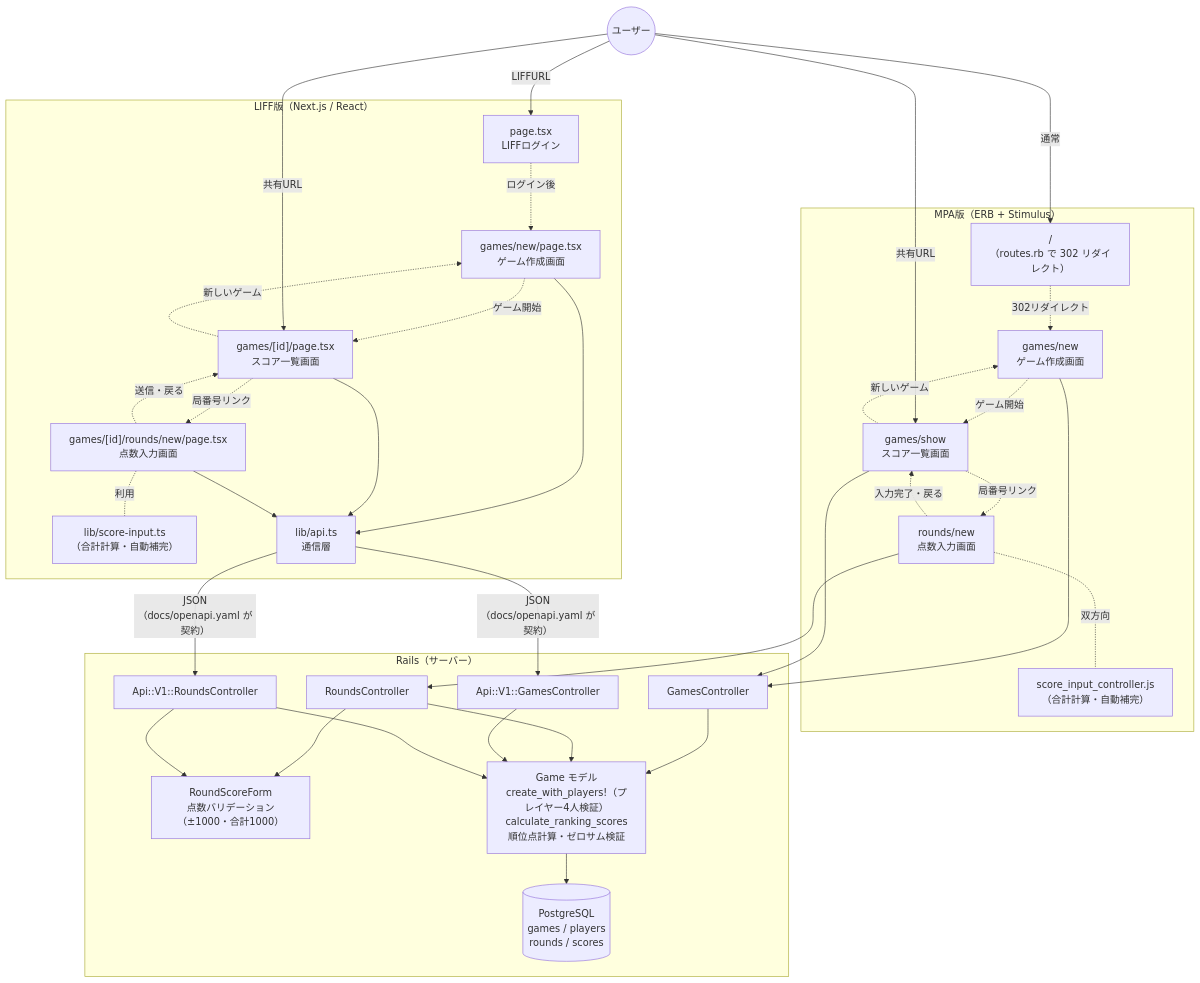
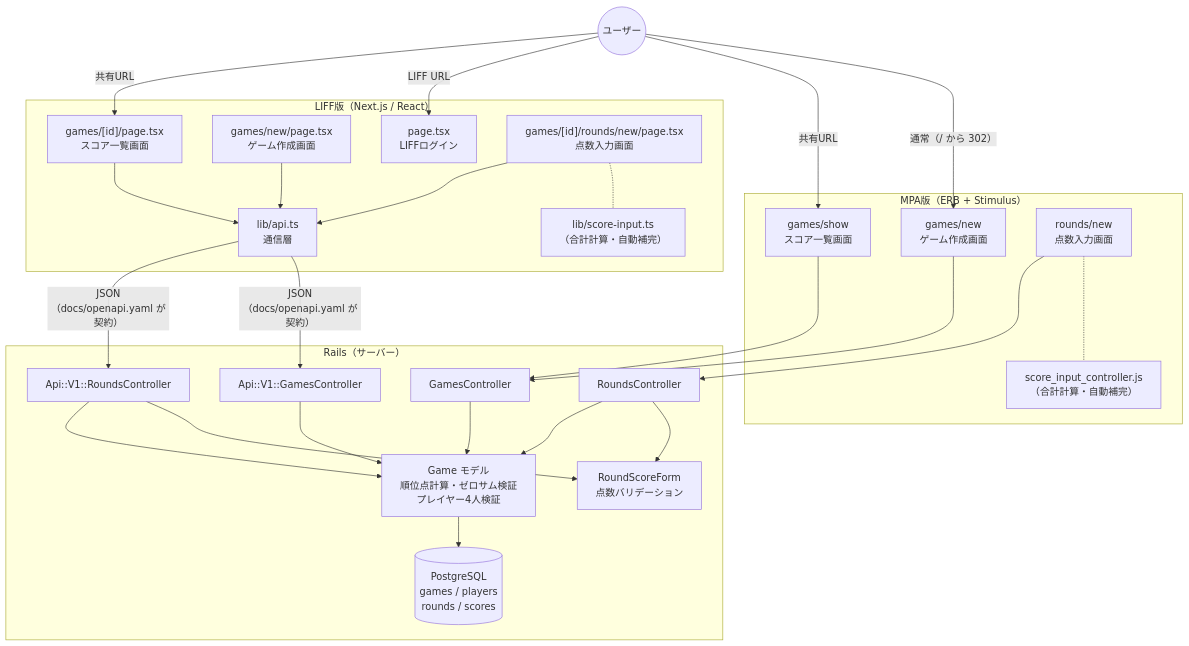
Before and after one commit to tsukamotohiroaki/mahjong_score: the first of 2 diagrams in docs/architecture.md, drawn with Mermaid.

Commit message:
docs: 全体構成図から画面遷移の矢印を外し、箱と依存だけにする
構成図と画面遷移図が混在して読みづらかったため、遷移矢印と / のリダイレクト箱を削除。
ラベルも要点だけに短縮する。

Claude-Session: https://claude.ai/code/session_01B4Qg8F4NK367M46WPnzeuM

````diff
--- a/docs/architecture.md
+++ b/docs/architecture.md
@@ -16,57 +16,46 @@
 ```mermaid
 flowchart TB
     user(("ユーザー"))
 
     subgraph MPA["MPA版（ERB + Stimulus）"]
-        root["/<br>（routes.rb で 302 リダイレクト）"]
         gnew["games/new<br>ゲーム作成画面"]
         gshow["games/show<br>スコア一覧画面"]
         rnew["rounds/new<br>点数入力画面"]
         stim["score_input_controller.js<br>（合計計算・自動補完）"]
-        rnew -.双方向.- stim
-        root -.302リダイレクト.-> gnew
-        gnew -.ゲーム開始.-> gshow
-        gshow -.局番号リンク.-> rnew
-        rnew -.入力完了・戻る.-> gshow
-        gshow -.新しいゲーム.-> gnew
+        rnew -.- stim
     end
 
     subgraph LIFF["LIFF版（Next.js / React）"]
         lpage["page.tsx<br>LIFFログイン"]
         lnew["games/new/page.tsx<br>ゲーム作成画面"]
         lshow["games/[id]/page.tsx<br>スコア一覧画面"]
         lrnew["games/[id]/rounds/new/page.tsx<br>点数入力画面"]
         sinput["lib/score-input.ts<br>（合計計算・自動補完）"]
         apits["lib/api.ts<br>通信層"]
-        lrnew -.利用.- sinput
-        lpage -.ログイン後.-> lnew
-        lnew -.ゲーム開始.-> lshow
-        lshow -.局番号リンク.-> lrnew
-        lrnew -.送信・戻る.-> lshow
-        lshow -.新しいゲーム.-> lnew
+        lrnew -.- sinput
         lnew & lshow & lrnew --> apits
     end
 
     subgraph Rails["Rails（サーバー）"]
         gc["GamesController"]
         rc["RoundsController"]
         agc["Api::V1::GamesController"]
         arc["Api::V1::RoundsController"]
-        form["RoundScoreForm<br>点数バリデーション（±1000・合計1000）"]
-        model["Game モデル<br>create_with_players!（プレイヤー4人検証）<br>calculate_ranking_scores<br>順位点計算・ゼロサム検証"]
+        form["RoundScoreForm<br>点数バリデーション"]
+        model["Game モデル<br>順位点計算・ゼロサム検証<br>プレイヤー4人検証"]
         db[("PostgreSQL<br>games / players<br>rounds / scores")]
     end
 
-    user -- 通常 --> root
+    user -- "通常（/ から 302）" --> gnew
     user -- 共有URL --> gshow
-    user -- LIFFURL --> lpage
+    user -- LIFF URL --> lpage
     user -- 共有URL --> lshow
 
     gnew & gshow --> gc
     rnew --> rc
     apits -- "JSON<br>（docs/openapi.yaml が契約）" --> agc & arc
 
     rc & arc --> form
     gc & rc & agc & arc --> model
     model --> db
 ```
````
